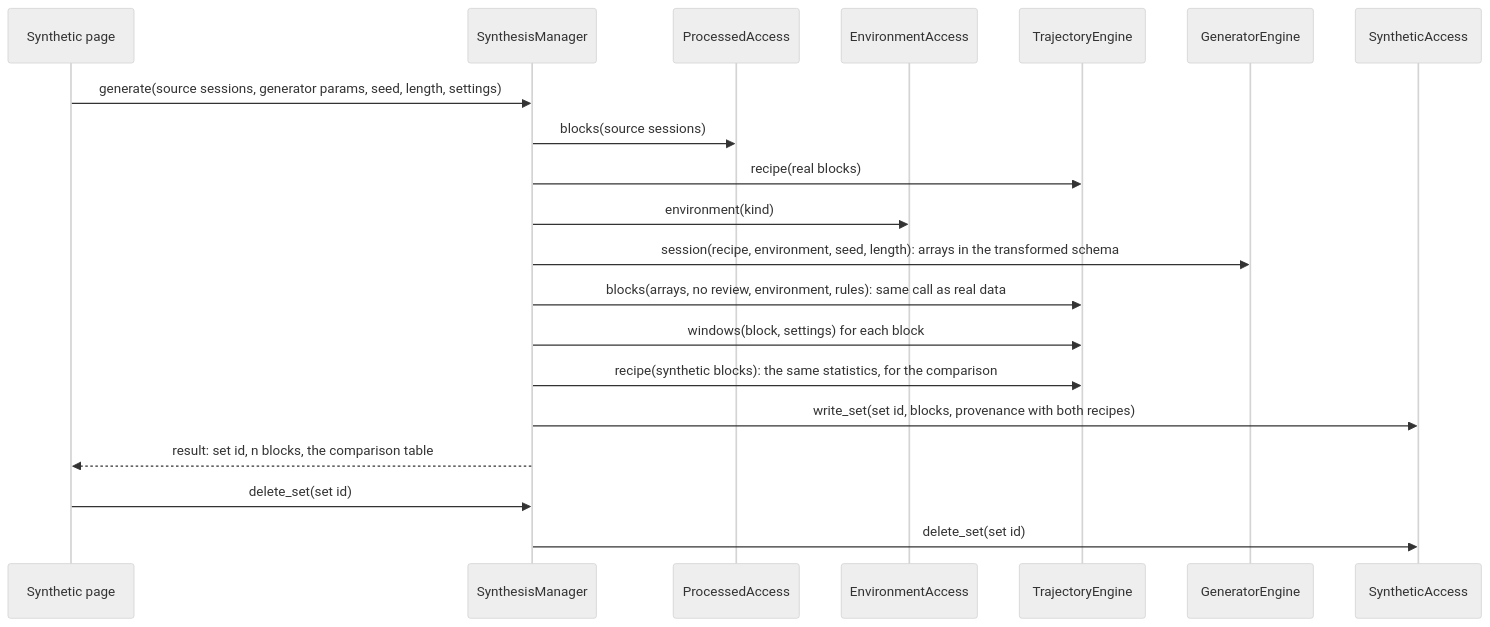
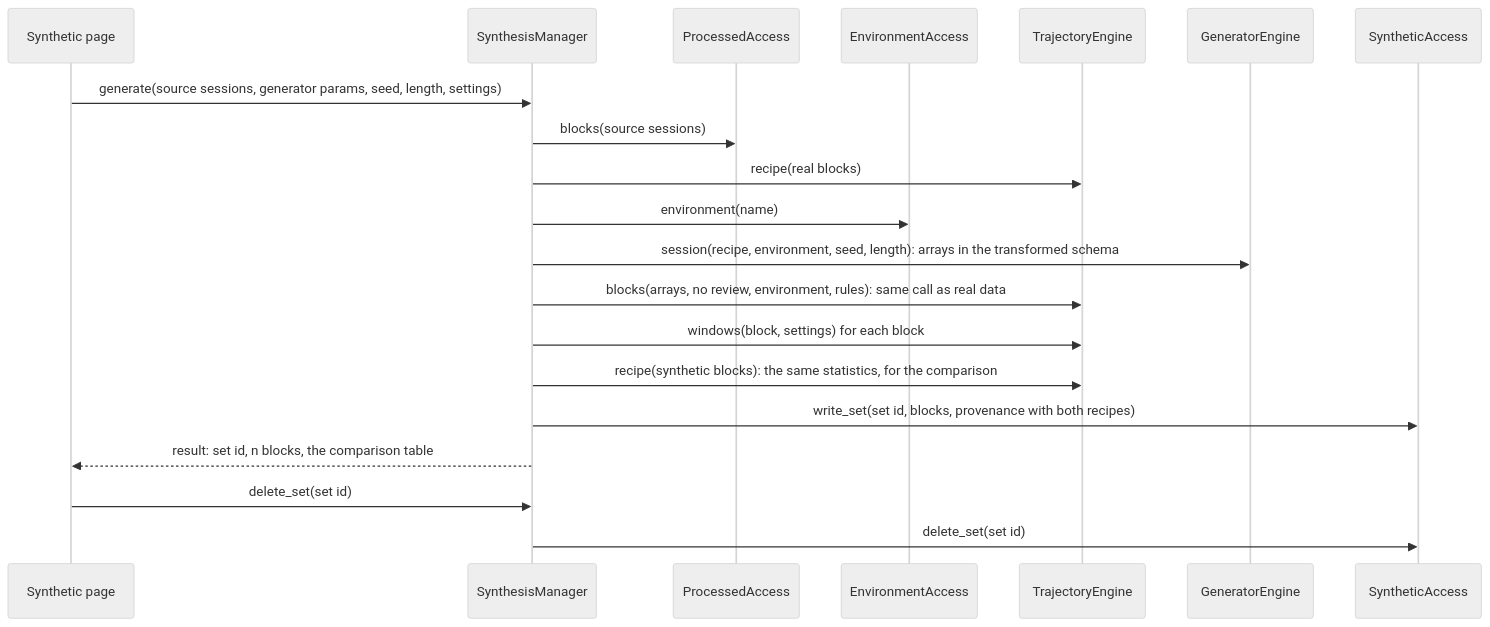
One commit to kshannon/axis-of-travel-rnn changed the third of 5 diagrams in ratreplay/docs/architecture.md. Above: the diagram before and after it, drawn with Mermaid (neutral theme). The commit also changed other lines of this file and 6 other files, not shown here.

````diff
--- a/ratreplay/docs/architecture.md
+++ b/ratreplay/docs/architecture.md
@@ -269,22 +275,22 @@
 ```mermaid
 sequenceDiagram
     participant P as Synthetic page
     participant SM as SynthesisManager
     participant PA as ProcessedAccess
     participant EA as EnvironmentAccess
     participant TE as TrajectoryEngine
     participant GE as GeneratorEngine
     participant SA as SyntheticAccess
     P->>SM: generate(source sessions, generator params, seed, length, settings)
     SM->>PA: blocks(source sessions)
     SM->>TE: recipe(real blocks)
-    SM->>EA: environment(kind)
+    SM->>EA: environment(name)
     SM->>GE: session(recipe, environment, seed, length): arrays in the transformed schema
     SM->>TE: blocks(arrays, no review, environment, rules): same call as real data
     SM->>TE: windows(block, settings) for each block
     SM->>TE: recipe(synthetic blocks): the same statistics, for the comparison
     SM->>SA: write_set(set id, blocks, provenance with both recipes)
     SM-->>P: result: set id, n blocks, the comparison table
     P->>SM: delete_set(set id)
     SM->>SA: delete_set(set id)
 ```
````
